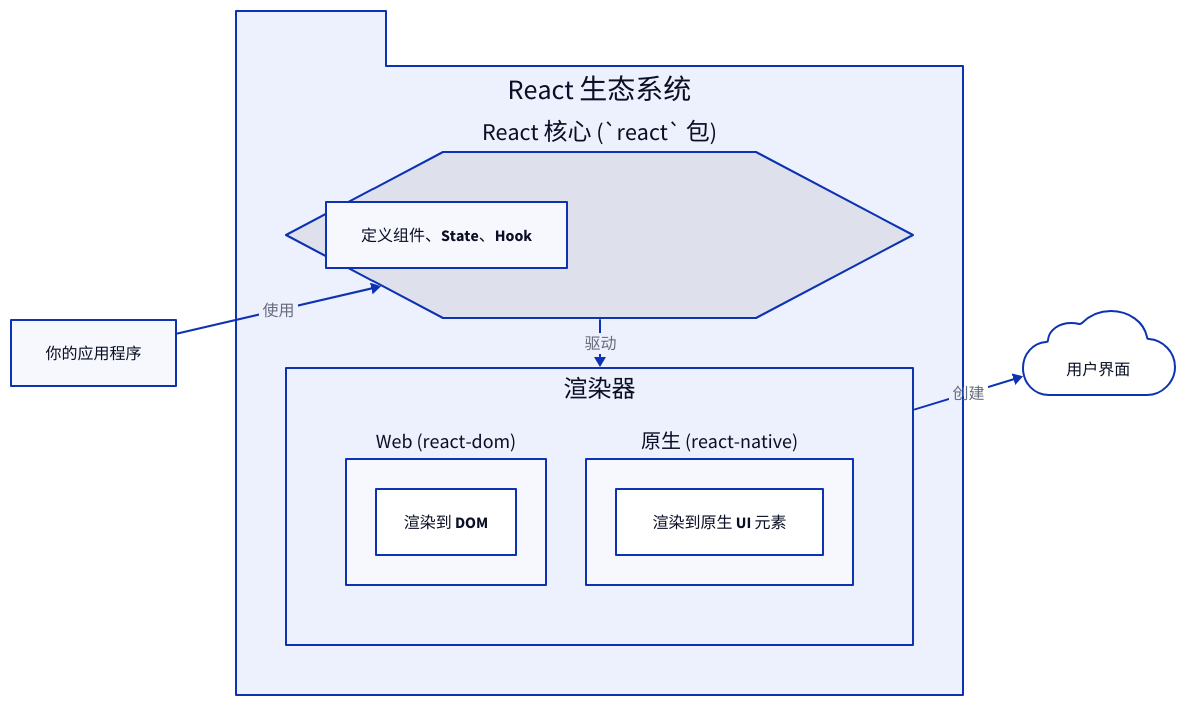
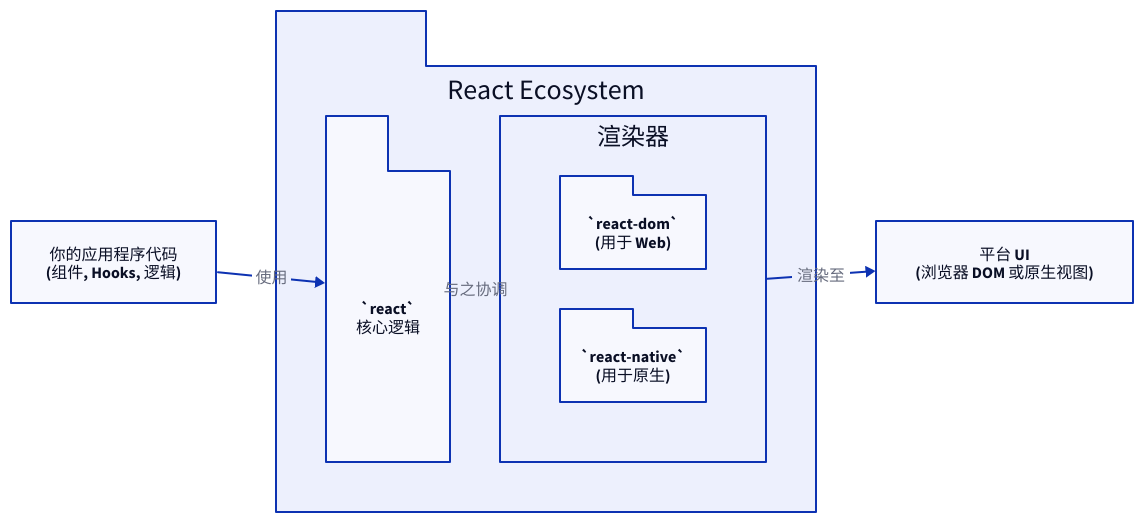
One commit to lban2049/react changed the diagram in packages/react/.aigne/doc-smith/docs/overview.zh.md. Above: the diagram before and after it, drawn with D2. The commit also changed other lines of this file and 46 other files, not shown here.

````diff
--- a/packages/react/.aigne/doc-smith/docs/overview.zh.md
+++ b/packages/react/.aigne/doc-smith/docs/overview.zh.md
@@ -41,41 +7,43 @@
 ```d2
 direction: down
 
-"你的应用程序" {
+"Your Application": {
   shape: rectangle
+  label: "你的应用程序代码\n(组件, Hooks, 逻辑)"
 }
 
-"React 生态系统" {
+"React Ecosystem": {
   shape: package
-  grid-columns: 1
+  grid-columns: 2
   grid-gap: 50
 
-  "React 核心 (`react` 包)": {
-    shape: hexagon
-    "定义组件、State、Hook"
+  "react-package": {
+    label: "`react`\n核心逻辑"
+    shape: package
   }
 
-  "渲染器": {
+  "react-renderers": {
+    label: "渲染器"
     shape: rectangle
-    grid-columns: 2
-    
+    grid-columns: 1
+
     "react-dom": {
-      label: "Web (react-dom)"
-      "渲染到 DOM"
+      label: "`react-dom`\n(用于 Web)"
+      shape: package
     }
-    
     "react-native": {
-      label: "原生 (react-native)"
-      "渲染到原生 UI 元素"
+      label: "`react-native`\n(用于原生)"
+      shape: package
     }
   }
 }
 
-"用户界面": {
-  shape: cloud
+"Platform-UI": {
+  shape: rectangle
+  label: "平台 UI\n(浏览器 DOM 或原生视图)"
 }
 
-"你的应用程序" -> "React 生态系统"."React 核心 (`react` 包)": "使用"
-"React 生态系统"."React 核心 (`react` 包)" -> "React 生态系统".渲染器: "驱动"
-"React 生态系统".渲染器 -> "用户界面": "创建"
+"Your Application" -> "React Ecosystem"."react-package": "使用"
+"React Ecosystem"."react-package" -> "React Ecosystem"."react-renderers": "与之协调"
+"React Ecosystem"."react-renderers" -> "Platform-UI": "渲染至"
 ```
````
